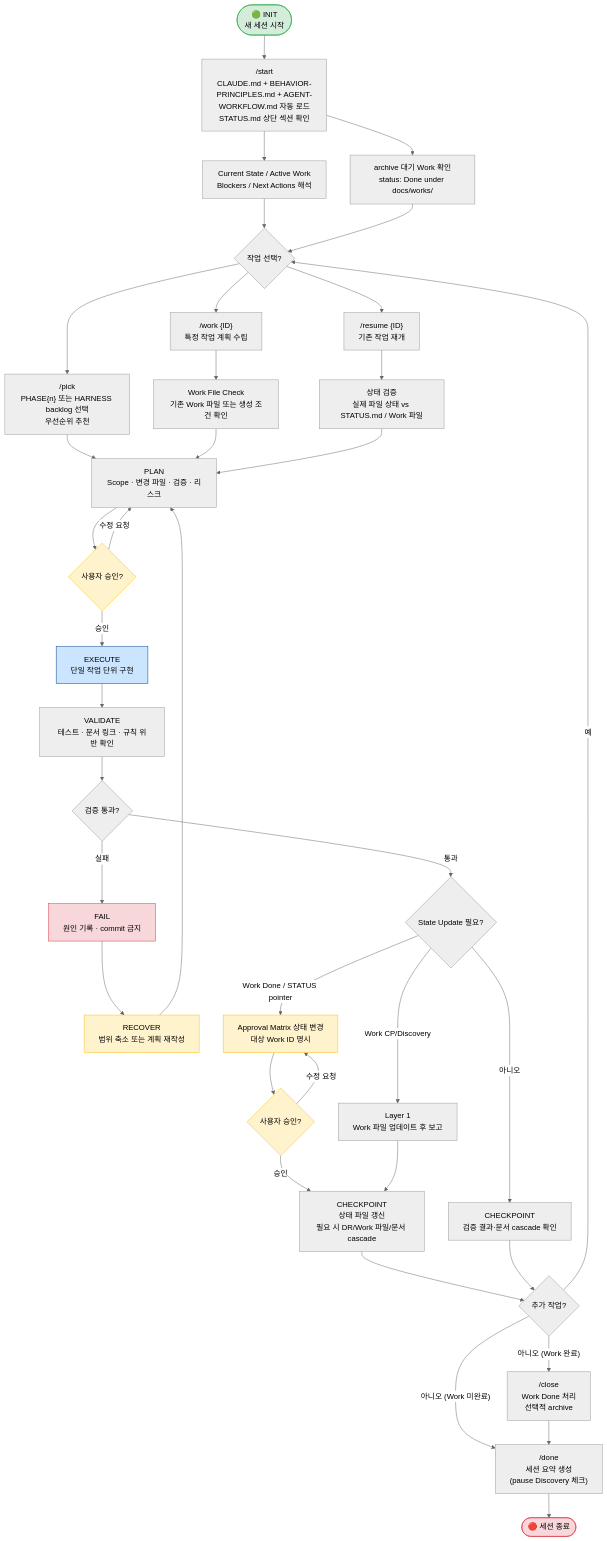
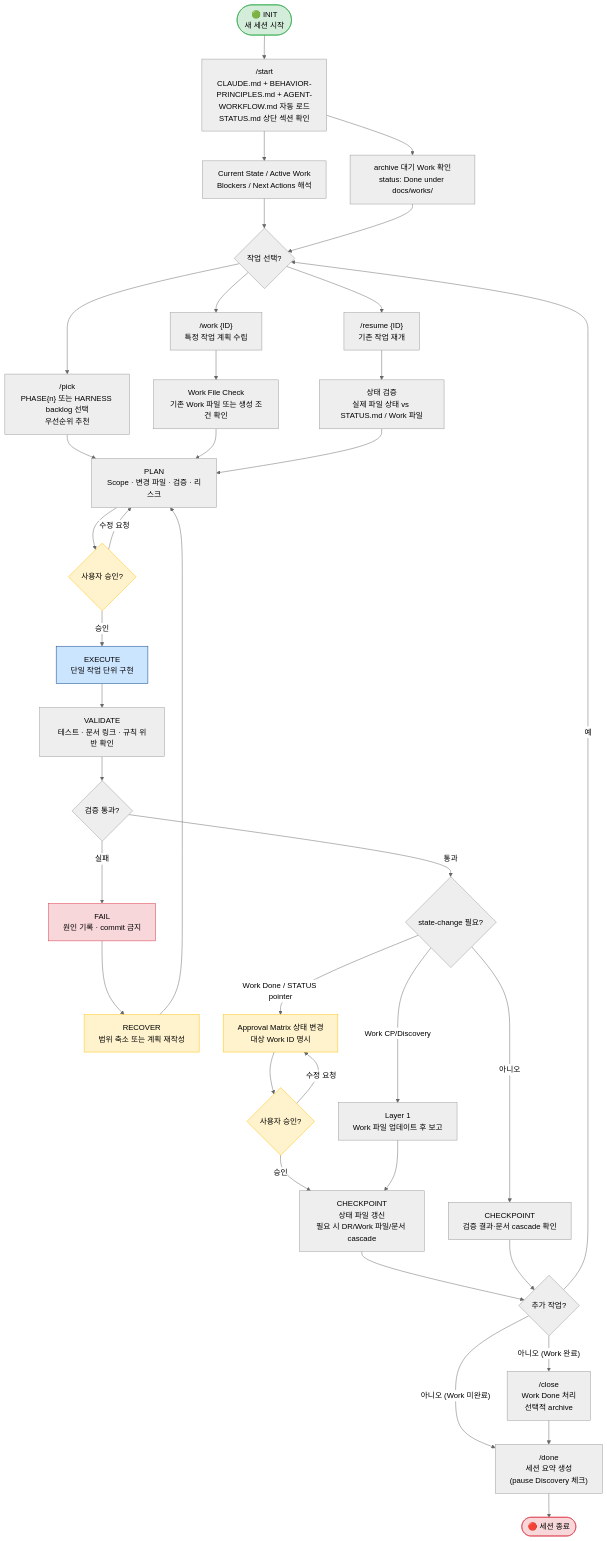
The eighth of 14 diagrams in docs/WORKFLOW-MANUAL.md (kyungseo/ai-workflow-harness), drawn with Mermaid (neutral theme) before and after one commit. The commit also changed other lines of this file and 14 other files, not shown here.

````diff
--- a/docs/WORKFLOW-MANUAL.md
+++ b/docs/WORKFLOW-MANUAL.md
@@ -646,54 +646,54 @@
 ```mermaid
 flowchart TD
     START([🟢 INIT\n새 세션 시작]) --> STARTUP["/start\nCLAUDE.md + BEHAVIOR-PRINCIPLES.md + AGENT-WORKFLOW.md 자동 로드\nSTATUS.md 상단 섹션 확인"]
     STARTUP --> STATE["Current State / Active Work\nBlockers / Next Actions 해석"]
     STARTUP --> DONE_SCAN["archive 대기 Work 확인\nstatus: Done under docs/works/"]
     STATE --> ASSESS{작업 선택?}
     DONE_SCAN --> ASSESS
 
     ASSESS --> PICK["/pick\nPHASE{n} 또는 HARNESS backlog 선택\n우선순위 추천"]
     ASSESS --> WORK_ID["/work {ID}\n특정 작업 계획 수립"]
     ASSESS --> RESUME["/resume {ID}\n기존 작업 재개"]
 
     PICK --> PLAN["PLAN\nScope · 변경 파일 · 검증 · 리스크"]
     WORK_ID --> WORK_FILE["Work File Check\n기존 Work 파일 또는 생성 조건 확인"]
     WORK_FILE --> PLAN
     RESUME --> VERIFY_STATE["상태 검증\n실제 파일 상태 vs STATUS.md / Work 파일"]
     VERIFY_STATE --> PLAN
 
     PLAN --> APPROVAL{사용자 승인?}
     APPROVAL -- 수정 요청 --> PLAN
     APPROVAL -- 승인 --> EXECUTE["EXECUTE\n단일 작업 단위 구현"]
 
     EXECUTE --> VALIDATE["VALIDATE\n테스트 · 문서 링크 · 규칙 위반 확인"]
     VALIDATE --> PASS{검증 통과?}
     PASS -- 실패 --> FAIL["FAIL\n원인 기록 · commit 금지"]
     FAIL --> RECOVER["RECOVER\n범위 축소 또는 계획 재작성"]
     RECOVER --> PLAN
-    PASS -- 통과 --> STATE_NEED{State Update 필요?}
+    PASS -- 통과 --> STATE_NEED{state-change 필요?}
     STATE_NEED -- "Work CP/Discovery" --> WORK_UPDATE["Layer 1\nWork 파일 업데이트 후 보고"]
     STATE_NEED -- "Work Done / STATUS pointer" --> STATE_PROPOSAL["Approval Matrix 상태 변경\n대상 Work ID 명시"]
     STATE_NEED -- 아니오 --> CHECKPOINT_CLEAN["CHECKPOINT\n검증 결과·문서 cascade 확인"]
     STATE_PROPOSAL --> STATE_APPROVAL{사용자 승인?}
     STATE_APPROVAL -- 수정 요청 --> STATE_PROPOSAL
     STATE_APPROVAL -- 승인 --> CHECKPOINT_UPDATED["CHECKPOINT\n상태 파일 갱신\n필요 시 DR/Work 파일/문서 cascade"]
     WORK_UPDATE --> CHECKPOINT_UPDATED
 
     CHECKPOINT_UPDATED --> NEXT{추가 작업?}
     CHECKPOINT_CLEAN --> NEXT
     NEXT -- 예 --> ASSESS
     NEXT -- "아니오 (Work 완료)" --> CLOSE["/close\nWork Done 처리\n선택적 archive"]
     NEXT -- "아니오 (Work 미완료)" --> DONE["/done\n세션 요약 생성\n(pause Discovery 체크)"]
     CLOSE --> DONE
 
     DONE --> END([🔴 세션 종료])
 
     style START fill:#d4edda,stroke:#28a745
     style END fill:#f8d7da,stroke:#dc3545
     style APPROVAL fill:#fff3cd,stroke:#ffc107
     style EXECUTE fill:#cce5ff,stroke:#004085
     style FAIL fill:#f8d7da,stroke:#dc3545
     style RECOVER fill:#fff3cd,stroke:#ffc107
     style STATE_PROPOSAL fill:#fff3cd,stroke:#ffc107
     style STATE_APPROVAL fill:#fff3cd,stroke:#ffc107
 ```
````
